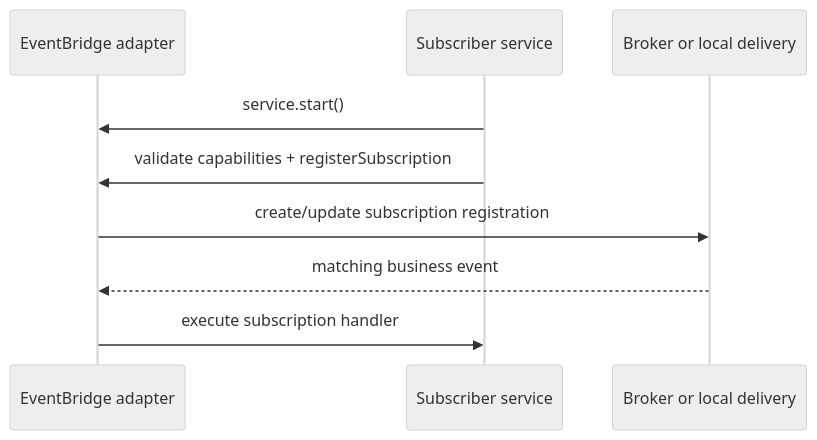
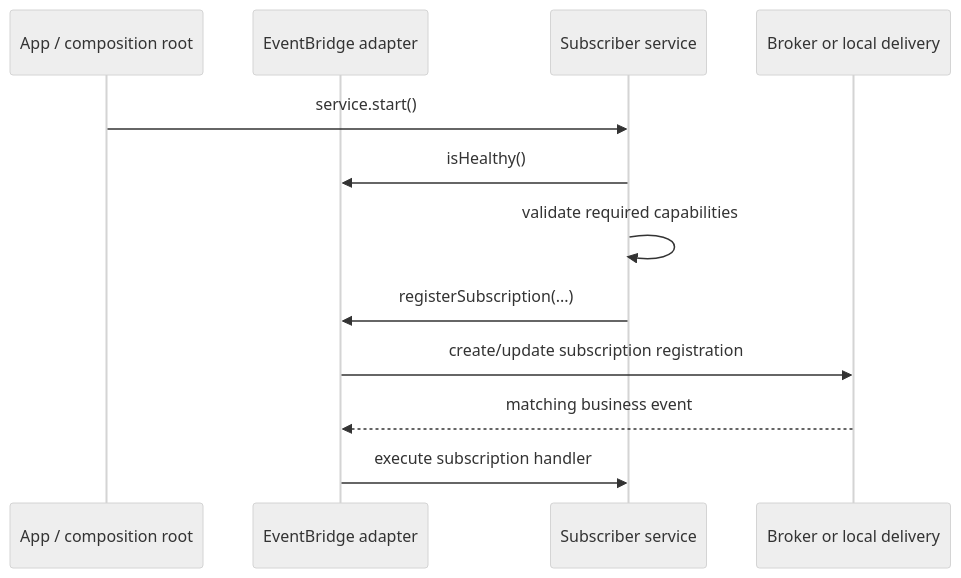
One commit to puristajs/purista changed the first of 2 diagrams in web/src/content/handbook/framework/build-services/subscriptions/index.md. Above: the diagram before and after it, drawn with Mermaid (neutral theme). The commit also changed other lines of this file and 593 other files, not shown here.

````diff
--- a/web/src/content/handbook/framework/build-services/subscriptions/index.md
+++ b/web/src/content/handbook/framework/build-services/subscriptions/index.md
@@ -38,11 +68,14 @@
 ```mermaid title="Subscription registration and delivery ownership"
 sequenceDiagram
+  participant A as App / composition root
   participant EB as EventBridge adapter
   participant S as Subscriber service
   participant B as Broker or local delivery
-  S->>EB: service.start()
-  S->>EB: validate capabilities + registerSubscription
+  A->>S: service.start()
+  S->>EB: isHealthy()
+  S->>S: validate required capabilities
+  S->>EB: registerSubscription(...)
   EB->>B: create/update subscription registration
   B-->>EB: matching business event
   EB->>S: execute subscription handler
 ```
````
